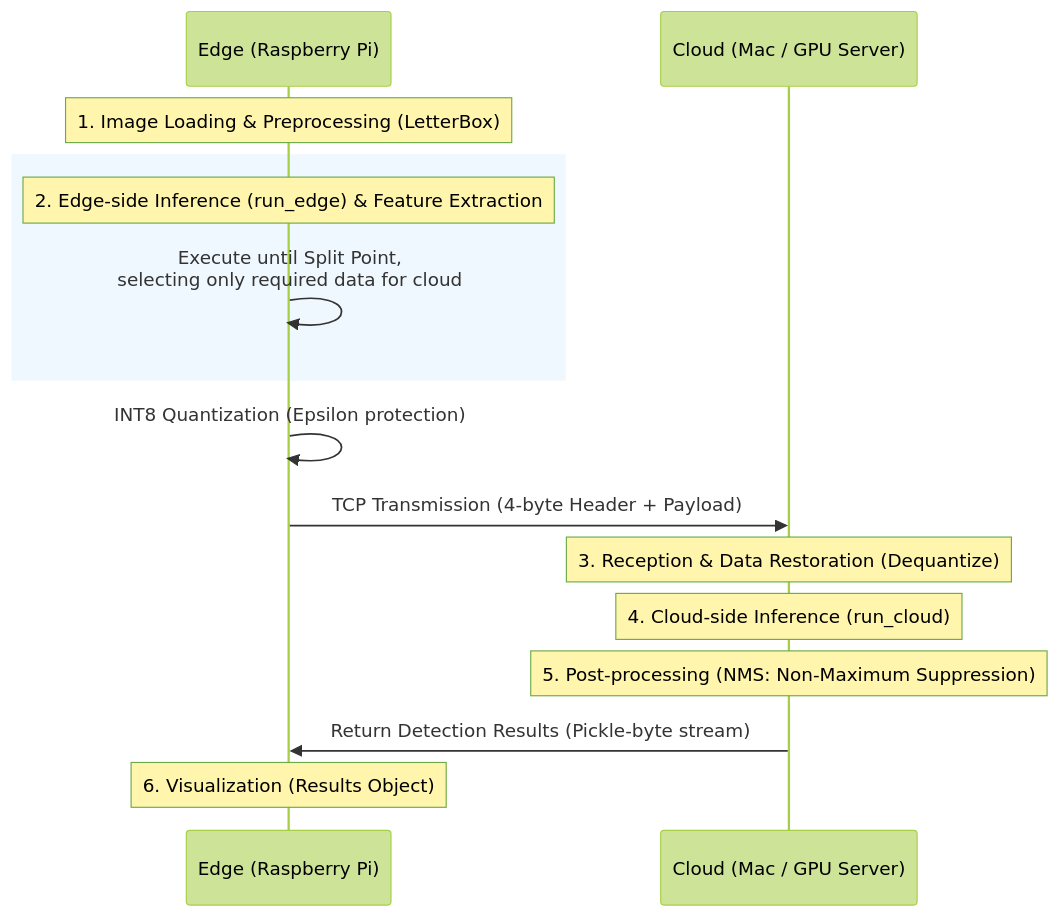
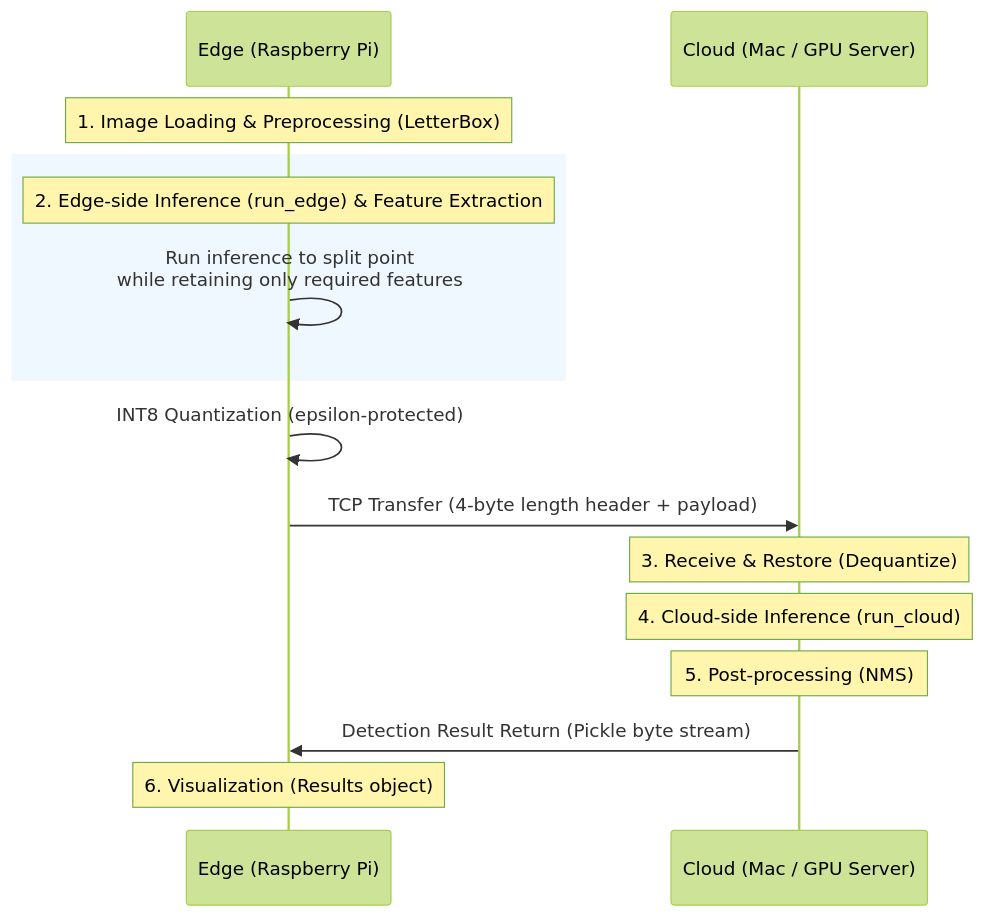
The second of 2 diagrams in README.md (Kazz0706/Auto-Split-2026), drawn with Mermaid (forest theme) before and after one commit. The commit also changed other lines of this file and 1 other file, not shown here.

````diff
--- a/README.md
+++ b/README.md
@@ -238,22 +282,22 @@
 ```mermaid
 sequenceDiagram
     participant E as Edge (Raspberry Pi)
     participant C as Cloud (Mac / GPU Server)
 
     Note over E: 1. Image Loading & Preprocessing (LetterBox)
-    
+
     rect rgb(240, 248, 255)
     Note over E: 2. Edge-side Inference (run_edge) & Feature Extraction
-    E->>E: Execute until Split Point,<br/>selecting only required data for cloud
+    E->>E: Run inference to split point<br/>while retaining only required features
     end
 
-    E->>E: INT8 Quantization (Epsilon protection)
-    E->>C: TCP Transmission (4-byte Header + Payload)
-    
-    Note over C: 3. Reception & Data Restoration (Dequantize)
+    E->>E: INT8 Quantization (epsilon-protected)
+    E->>C: TCP Transfer (4-byte length header + payload)
+
+    Note over C: 3. Receive & Restore (Dequantize)
     Note over C: 4. Cloud-side Inference (run_cloud)
-    Note over C: 5. Post-processing (NMS: Non-Maximum Suppression)
-    
-    C->>E: Return Detection Results (Pickle-byte stream)
-    Note over E: 6. Visualization (Results Object)
+    Note over C: 5. Post-processing (NMS)
+
+    C->>E: Detection Result Return (Pickle byte stream)
+    Note over E: 6. Visualization (Results object)
 ```
````
